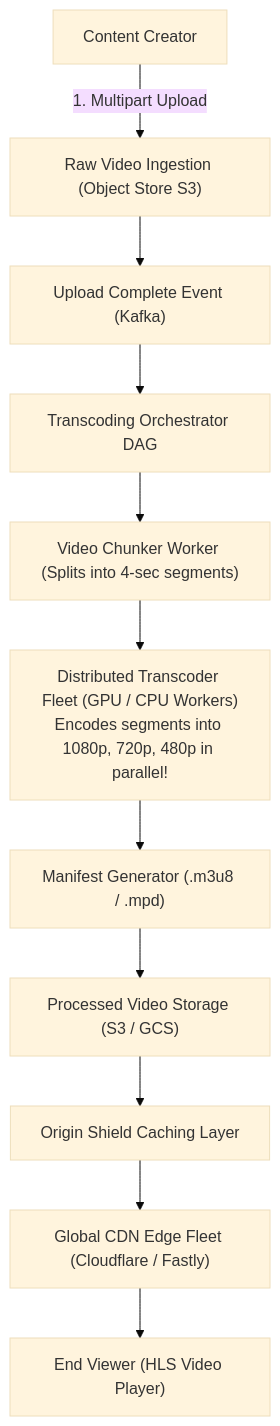
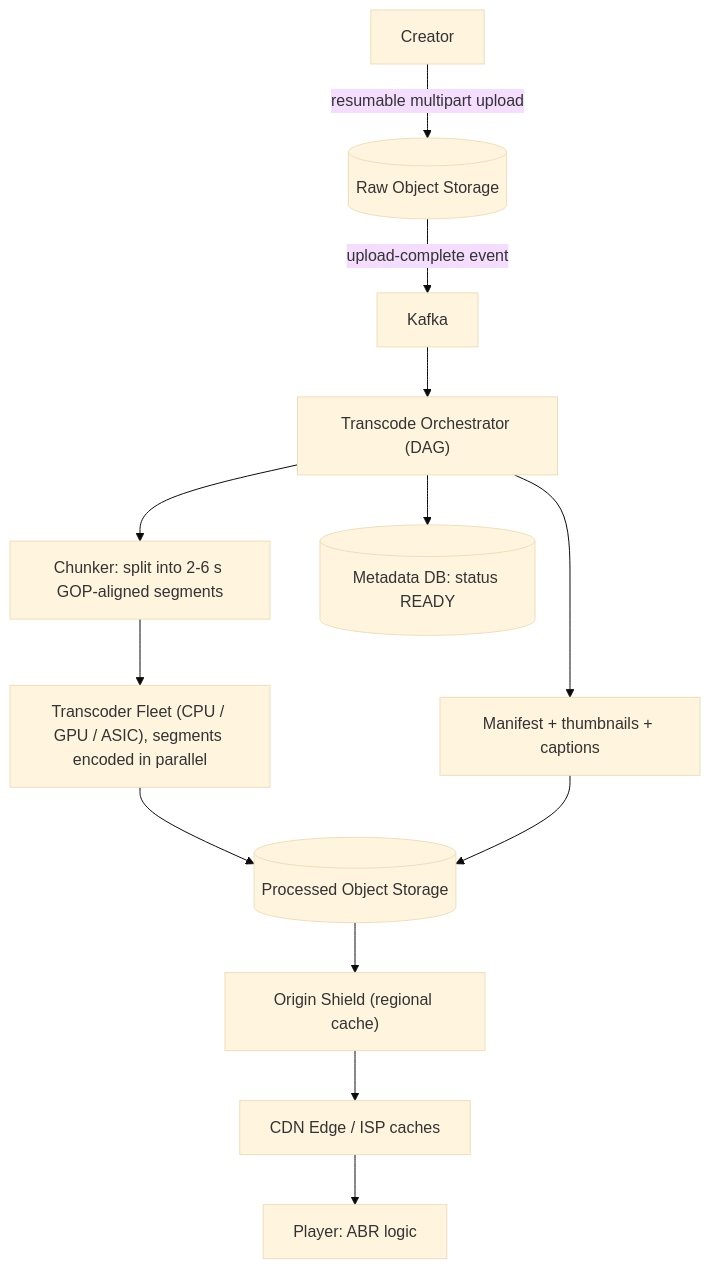
The diagram in 03-High-Level-Design/systems/05-video-streaming-youtube.md (reddykarthikeya1/AI-Systems-Mastery), drawn with Mermaid (base theme) before and after one commit. The commit also changed other lines of this file and 9 other files, not shown here.

Commit message:
content(hld): expand 10 case studies with estimates (runnable), API, data model, failure modes, trade-offs, interview timeline

````diff
--- a/03-High-Level-Design/systems/05-video-streaming-youtube.md
+++ b/03-High-Level-Design/systems/05-video-streaming-youtube.md
@@ -21,17 +48,15 @@
 ```mermaid
 flowchart TD
-    Creator["Content Creator"] -->|1. Multipart Upload| S3_Raw["Raw Video Ingestion (Object Store S3)"]
-    S3_Raw --> UploadNotifier["Upload Complete Event (Kafka)"]
-    
-    UploadNotifier --> TranscodeMaster["Transcoding Orchestrator DAG"]
-    TranscodeMaster --> Splitter["Video Chunker Worker (Splits into 4-sec segments)"]
-    
-    Splitter --> WorkerPool["Distributed Transcoder Fleet (GPU / CPU Workers)<br/>Encodes segments into 1080p, 720p, 480p in parallel!"]
-    
-    WorkerPool --> ManifestGen["Manifest Generator (.m3u8 / .mpd)"]
-    ManifestGen --> S3_Processed["Processed Video Storage (S3 / GCS)"]
-    
-    S3_Processed --> OriginShield["Origin Shield Caching Layer"]
-    OriginShield --> GlobalCDN["Global CDN Edge Fleet (Cloudflare / Fastly)"]
-    GlobalCDN --> Viewer["End Viewer (HLS Video Player)"]
+    Creator["Creator"] -->|"resumable multipart upload"| Raw[("Raw Object Storage")]
+    Raw -->|"upload-complete event"| K["Kafka"]
+    K --> Orch["Transcode Orchestrator (DAG)"]
+    Orch --> Split["Chunker: split into 2-6 s GOP-aligned segments"]
+    Split --> Fleet["Transcoder Fleet (CPU / GPU / ASIC), segments encoded in parallel"]
+    Fleet --> Proc[("Processed Object Storage")]
+    Orch --> Man["Manifest + thumbnails + captions"]
+    Man --> Proc
+    Proc --> Origin["Origin Shield (regional cache)"]
+    Origin --> Edge["CDN Edge / ISP caches"]
+    Edge --> Player["Player: ABR logic"]
+    Orch --> Meta[("Metadata DB: status READY")]
 ```
````
